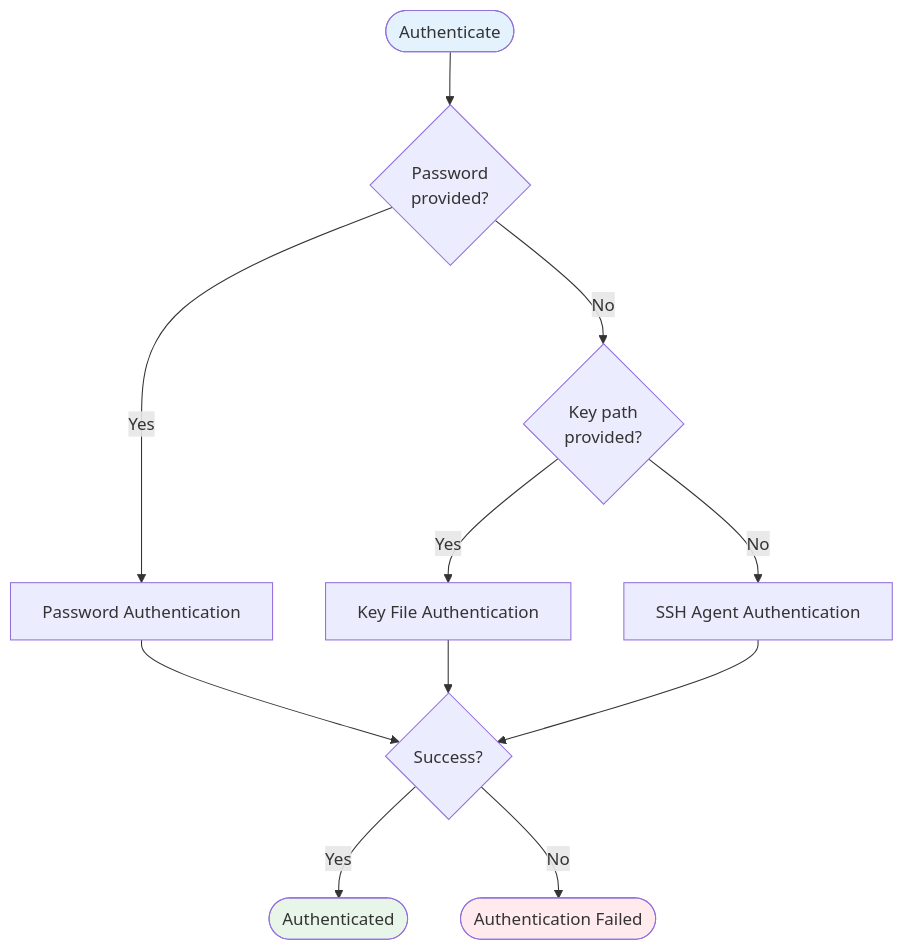
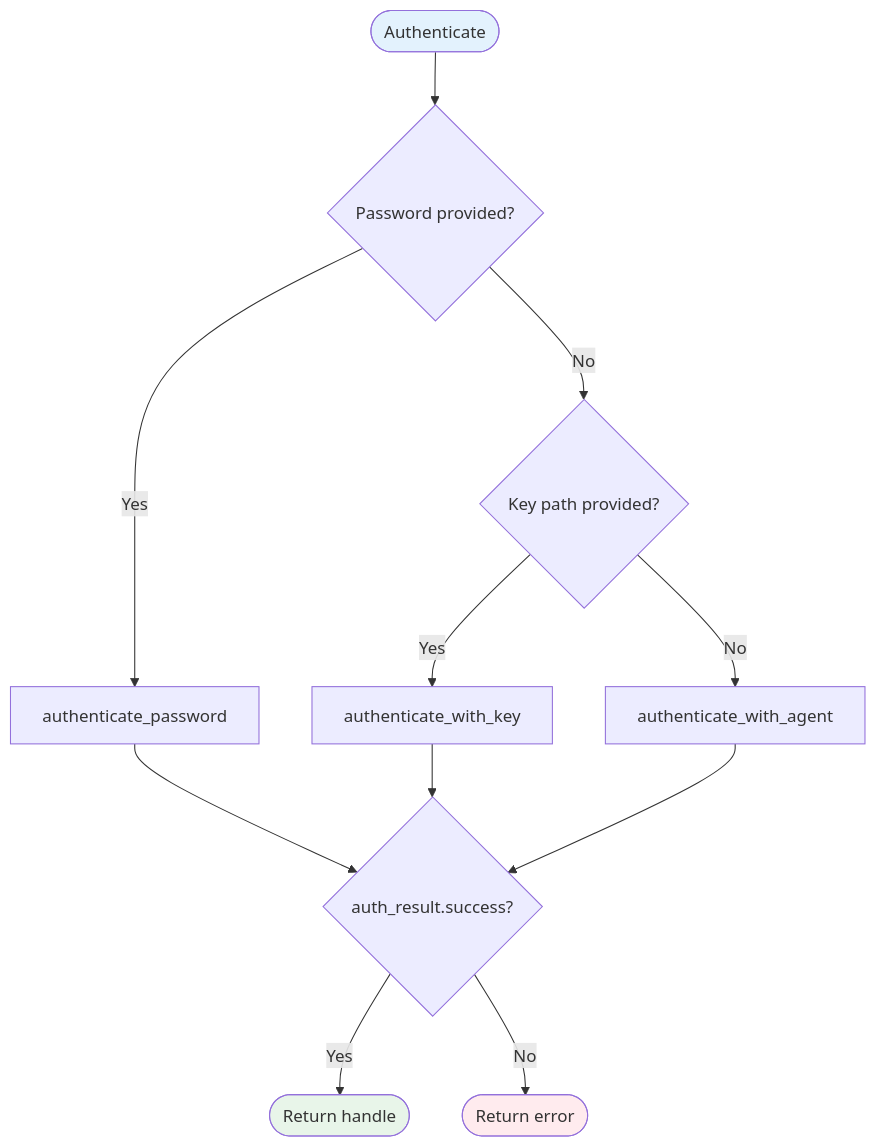
Before and after one commit to farchanjo/ssh-mcp: the sixth of 14 diagrams in docs/FLOWS.md, drawn with Mermaid. The commit also changed other lines of this file, not shown here.

First line of the commit message:
docs(flows): update sequence diagrams for russh refactor

````diff
--- a/docs/FLOWS.md
+++ b/docs/FLOWS.md
@@ -233,21 +262,21 @@
 ```mermaid
 flowchart TD
-    Start([Authenticate]) --> CheckPassword{Password<br/>provided?}
+    Start([Authenticate]) --> CheckPassword{Password provided?}
 
-    CheckPassword -->|Yes| PasswordAuth[Password Authentication]
-    CheckPassword -->|No| CheckKey{Key path<br/>provided?}
+    CheckPassword -->|Yes| PasswordAuth[authenticate_password]
+    CheckPassword -->|No| CheckKey{Key path provided?}
 
-    CheckKey -->|Yes| KeyAuth[Key File Authentication]
-    CheckKey -->|No| AgentAuth[SSH Agent Authentication]
+    CheckKey -->|Yes| KeyAuth[authenticate_with_key]
+    CheckKey -->|No| AgentAuth[authenticate_with_agent]
 
-    PasswordAuth --> Result{Success?}
+    PasswordAuth --> Result{auth_result.success?}
     KeyAuth --> Result
     AgentAuth --> Result
 
-    Result -->|Yes| Success([Authenticated])
-    Result -->|No| Fail([Authentication Failed])
+    Result -->|Yes| Success([Return handle])
+    Result -->|No| Fail([Return error])
 
     style Start fill:#e3f2fd
     style Success fill:#e8f5e9
     style Fail fill:#ffebee
 ```
````
